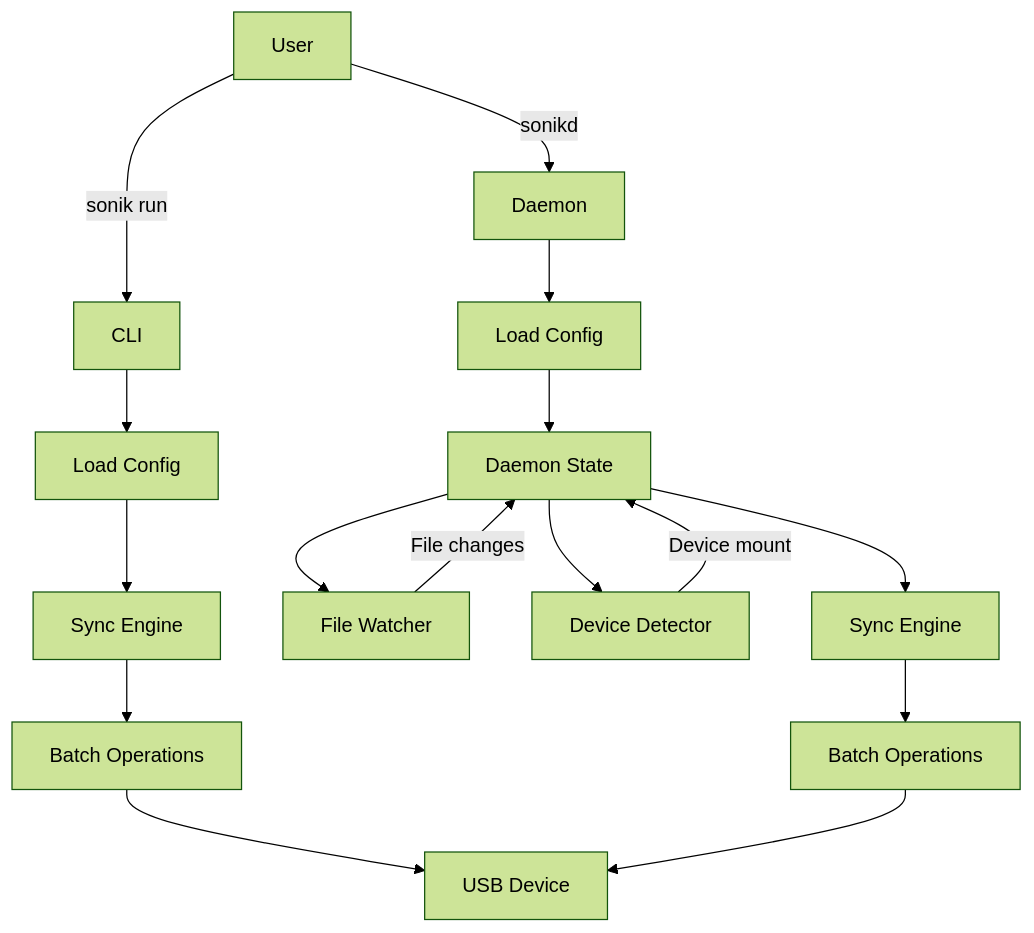
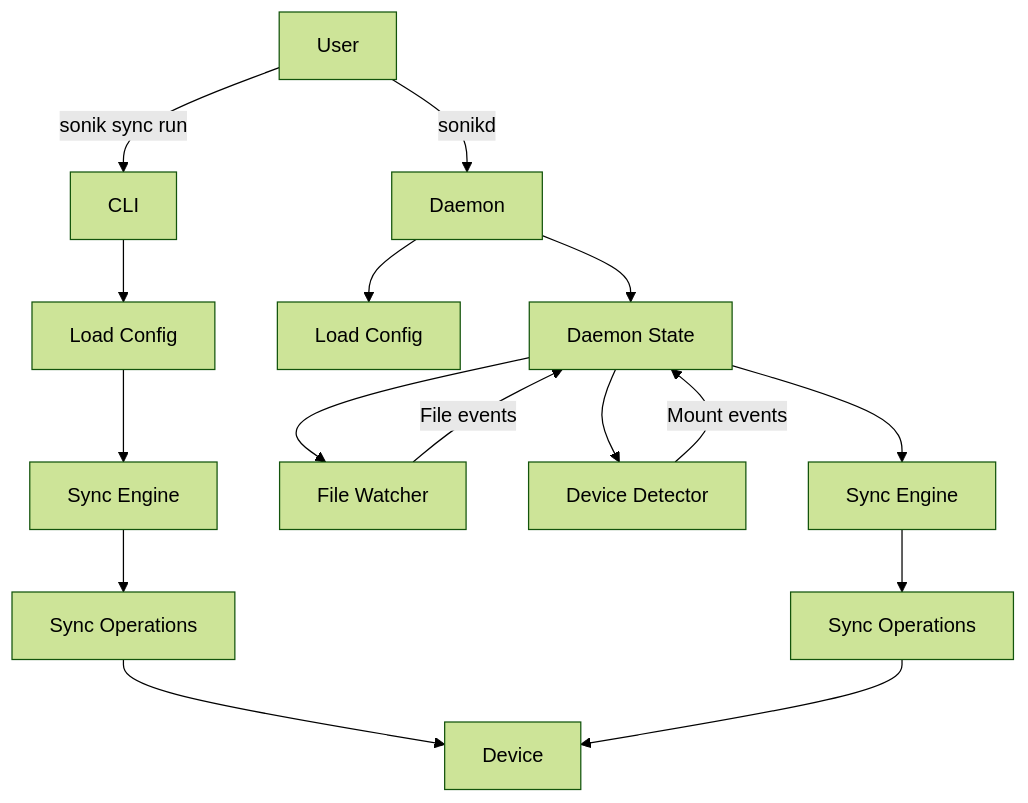
The diagram in README.md (royaurelien/sonik), drawn with Mermaid (forest theme) before and after one commit. The commit also changed other lines of this file and 2 other files, not shown here.

````diff
--- a/README.md
+++ b/README.md
@@ -76,21 +132,21 @@
 ```mermaid
 graph TB
-    User[User] -->|sonik run| CLI[CLI]
+    User[User] -->|sonik sync run| CLI[CLI]
     User -->|sonikd| Daemon[Daemon]
-    
+
     CLI --> Config[Load Config]
     Config --> SyncEngine[Sync Engine]
-    SyncEngine --> Operations[Batch Operations]
-    Operations --> Device[USB Device]
-    
+    SyncEngine --> Operations[Sync Operations]
+    Operations --> Device[Device]
+
     Daemon --> Config2[Load Config]
-    Config2 --> DaemonState[Daemon State]
+    Daemon --> DaemonState[Daemon State]
     DaemonState --> Watcher[File Watcher]
     DaemonState --> Detector[Device Detector]
-    
-    Watcher -->|File changes| DaemonState
-    Detector -->|Device mount| DaemonState
+
+    Watcher -->|File events| DaemonState
+    Detector -->|Mount events| DaemonState
     DaemonState --> SyncEngine2[Sync Engine]
-    SyncEngine2 --> Operations2[Batch Operations]
+    SyncEngine2 --> Operations2[Sync Operations]
     Operations2 --> Device
 ```
````
